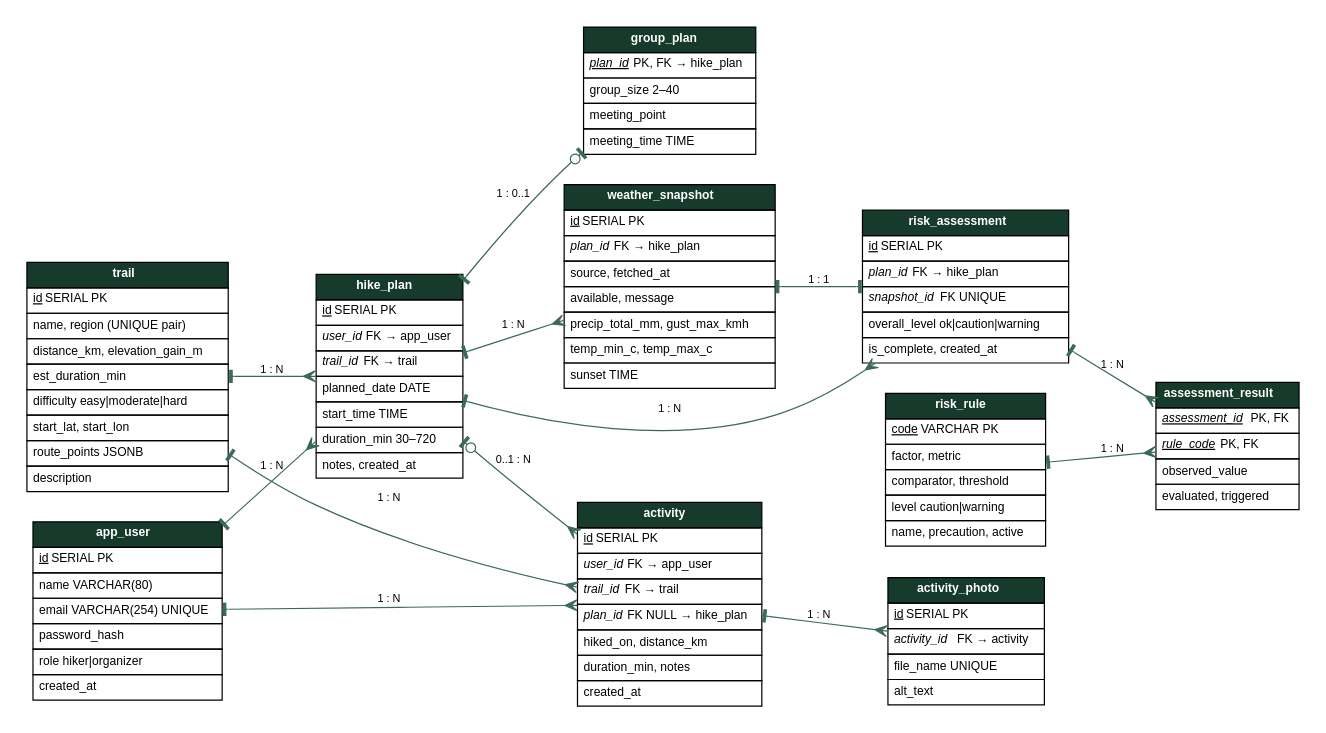
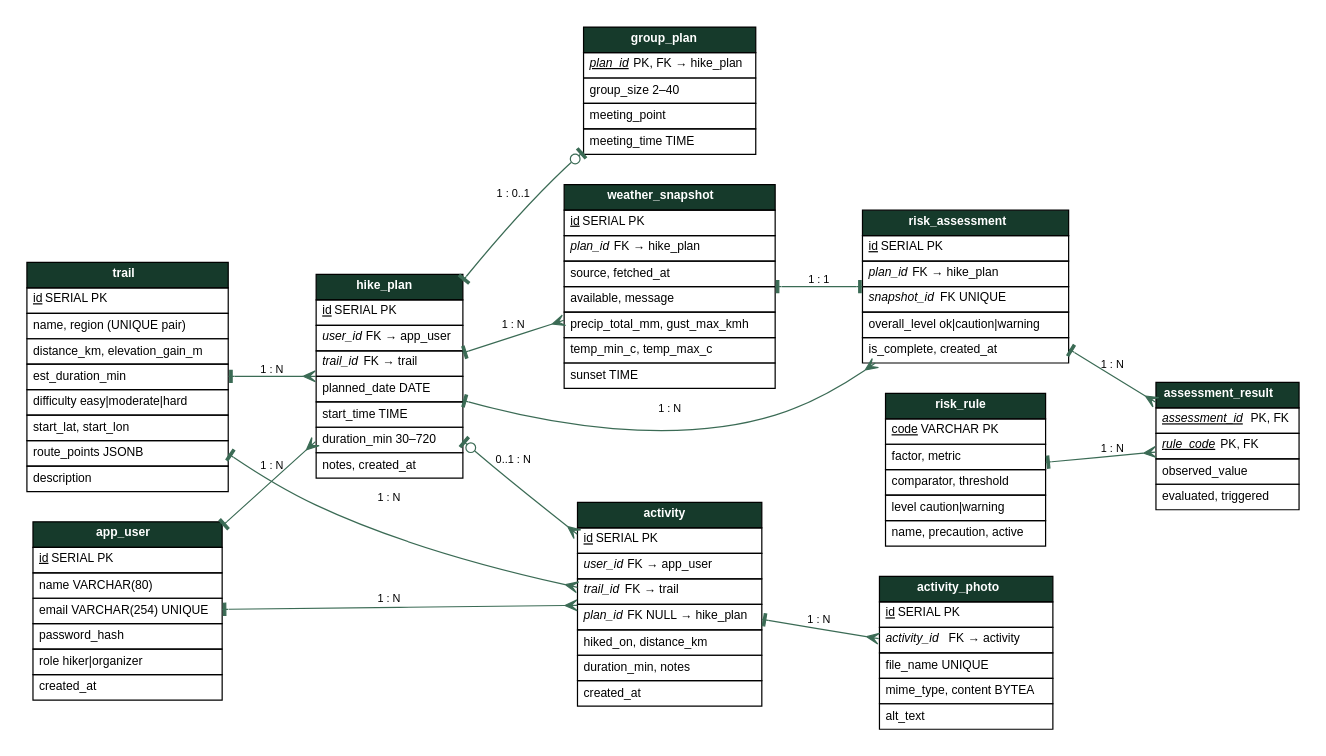
One commit to amanesenx-ai/trailsense changed the diagram in docs/er.dot. Above: the diagram before and after it, drawn with Graphviz. The commit also changed 27 other files, not shown here.

```diff
--- a/docs/er.dot
+++ b/docs/er.dot
@@ -1,28 +1,28 @@
 digraph ER {
   graph [rankdir=LR, bgcolor="white", pad=0.2, nodesep=0.35, ranksep=0.7, fontname="Helvetica"];
   node [shape=plain, fontname="Helvetica", fontsize=10];
   edge [fontname="Helvetica", fontsize=9, color="#3b6b55", arrowhead=crow, arrowtail=tee, dir=both];
   app_user [label=<<table border="0" cellborder="1" cellspacing="0" cellpadding="4"><tr><td bgcolor="#163a2b"><font color="white"><b>app_user</b></font></td></tr><tr><td align="left"><u>id</u> SERIAL PK</td></tr><tr><td align="left">name VARCHAR(80)</td></tr><tr><td align="left">email VARCHAR(254) UNIQUE</td></tr><tr><td align="left">password_hash</td></tr><tr><td align="left">role hiker|organizer</td></tr><tr><td align="left">created_at</td></tr></table>>];
   trail [label=<<table border="0" cellborder="1" cellspacing="0" cellpadding="4"><tr><td bgcolor="#163a2b"><font color="white"><b>trail</b></font></td></tr><tr><td align="left"><u>id</u> SERIAL PK</td></tr><tr><td align="left">name, region (UNIQUE pair)</td></tr><tr><td align="left">distance_km, elevation_gain_m</td></tr><tr><td align="left">est_duration_min</td></tr><tr><td align="left">difficulty easy|moderate|hard</td></tr><tr><td align="left">start_lat, start_lon</td></tr><tr><td align="left">route_points JSONB</td></tr><tr><td align="left">description</td></tr></table>>];
   hike_plan [label=<<table border="0" cellborder="1" cellspacing="0" cellpadding="4"><tr><td bgcolor="#163a2b"><font color="white"><b>hike_plan</b></font></td></tr><tr><td align="left"><u>id</u> SERIAL PK</td></tr><tr><td align="left"><i>user_id</i> FK → app_user</td></tr><tr><td align="left"><i>trail_id</i> FK → trail</td></tr><tr><td align="left">planned_date DATE</td></tr><tr><td align="left">start_time TIME</td></tr><tr><td align="left">duration_min 30–720</td></tr><tr><td align="left">notes, created_at</td></tr></table>>];
   group_plan [label=<<table border="0" cellborder="1" cellspacing="0" cellpadding="4"><tr><td bgcolor="#163a2b"><font color="white"><b>group_plan</b></font></td></tr><tr><td align="left"><u><i>plan_id</i></u> PK, FK → hike_plan</td></tr><tr><td align="left">group_size 2–40</td></tr><tr><td align="left">meeting_point</td></tr><tr><td align="left">meeting_time TIME</td></tr></table>>];
   weather_snapshot [label=<<table border="0" cellborder="1" cellspacing="0" cellpadding="4"><tr><td bgcolor="#163a2b"><font color="white"><b>weather_snapshot</b></font></td></tr><tr><td align="left"><u>id</u> SERIAL PK</td></tr><tr><td align="left"><i>plan_id</i> FK → hike_plan</td></tr><tr><td align="left">source, fetched_at</td></tr><tr><td align="left">available, message</td></tr><tr><td align="left">precip_total_mm, gust_max_kmh</td></tr><tr><td align="left">temp_min_c, temp_max_c</td></tr><tr><td align="left">sunset TIME</td></tr></table>>];
   risk_assessment [label=<<table border="0" cellborder="1" cellspacing="0" cellpadding="4"><tr><td bgcolor="#163a2b"><font color="white"><b>risk_assessment</b></font></td></tr><tr><td align="left"><u>id</u> SERIAL PK</td></tr><tr><td align="left"><i>plan_id</i> FK → hike_plan</td></tr><tr><td align="left"><i>snapshot_id</i> FK UNIQUE</td></tr><tr><td align="left">overall_level ok|caution|warning</td></tr><tr><td align="left">is_complete, created_at</td></tr></table>>];
   risk_rule [label=<<table border="0" cellborder="1" cellspacing="0" cellpadding="4"><tr><td bgcolor="#163a2b"><font color="white"><b>risk_rule</b></font></td></tr><tr><td align="left"><u>code</u> VARCHAR PK</td></tr><tr><td align="left">factor, metric</td></tr><tr><td align="left">comparator, threshold</td></tr><tr><td align="left">level caution|warning</td></tr><tr><td align="left">name, precaution, active</td></tr></table>>];
   assessment_result [label=<<table border="0" cellborder="1" cellspacing="0" cellpadding="4"><tr><td bgcolor="#163a2b"><font color="white"><b>assessment_result</b></font></td></tr><tr><td align="left"><u><i>assessment_id</i></u> PK, FK</td></tr><tr><td align="left"><u><i>rule_code</i></u> PK, FK</td></tr><tr><td align="left">observed_value</td></tr><tr><td align="left">evaluated, triggered</td></tr></table>>];
   activity [label=<<table border="0" cellborder="1" cellspacing="0" cellpadding="4"><tr><td bgcolor="#163a2b"><font color="white"><b>activity</b></font></td></tr><tr><td align="left"><u>id</u> SERIAL PK</td></tr><tr><td align="left"><i>user_id</i> FK → app_user</td></tr><tr><td align="left"><i>trail_id</i> FK → trail</td></tr><tr><td align="left"><i>plan_id</i> FK NULL → hike_plan</td></tr><tr><td align="left">hiked_on, distance_km</td></tr><tr><td align="left">duration_min, notes</td></tr><tr><td align="left">created_at</td></tr></table>>];
-  activity_photo [label=<<table border="0" cellborder="1" cellspacing="0" cellpadding="4"><tr><td bgcolor="#163a2b"><font color="white"><b>activity_photo</b></font></td></tr><tr><td align="left"><u>id</u> SERIAL PK</td></tr><tr><td align="left"><i>activity_id</i> FK → activity</td></tr><tr><td align="left">file_name UNIQUE</td></tr><tr><td align="left">alt_text</td></tr></table>>];
+  activity_photo [label=<<table border="0" cellborder="1" cellspacing="0" cellpadding="4"><tr><td bgcolor="#163a2b"><font color="white"><b>activity_photo</b></font></td></tr><tr><td align="left"><u>id</u> SERIAL PK</td></tr><tr><td align="left"><i>activity_id</i> FK → activity</td></tr><tr><td align="left">file_name UNIQUE</td></tr><tr><td align="left">mime_type, content BYTEA</td></tr><tr><td align="left">alt_text</td></tr></table>>];
 
   app_user -> hike_plan [label="1 : N"];
   trail -> hike_plan [label="1 : N"];
   hike_plan -> group_plan [label="1 : 0..1", arrowhead=teeodot];
   hike_plan -> weather_snapshot [label="1 : N"];
   hike_plan -> risk_assessment [label="1 : N"];
   weather_snapshot -> risk_assessment [label="1 : 1", arrowhead=tee];
   risk_assessment -> assessment_result [label="1 : N"];
   risk_rule -> assessment_result [label="1 : N"];
   app_user -> activity [label="1 : N"];
   trail -> activity [label="1 : N"];
   hike_plan -> activity [label="0..1 : N", arrowtail=teeodot];
   activity -> activity_photo [label="1 : N"];
 }
```
